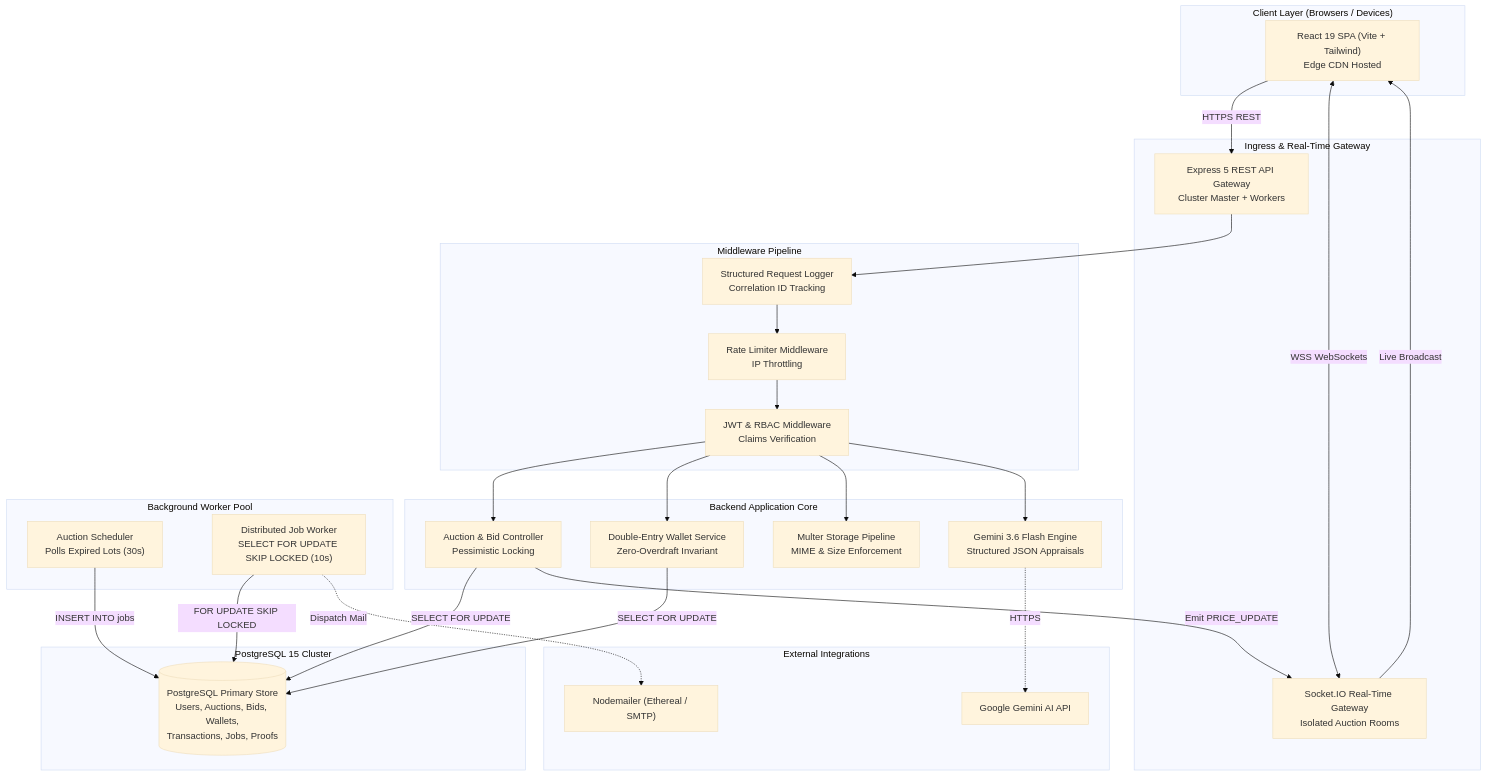
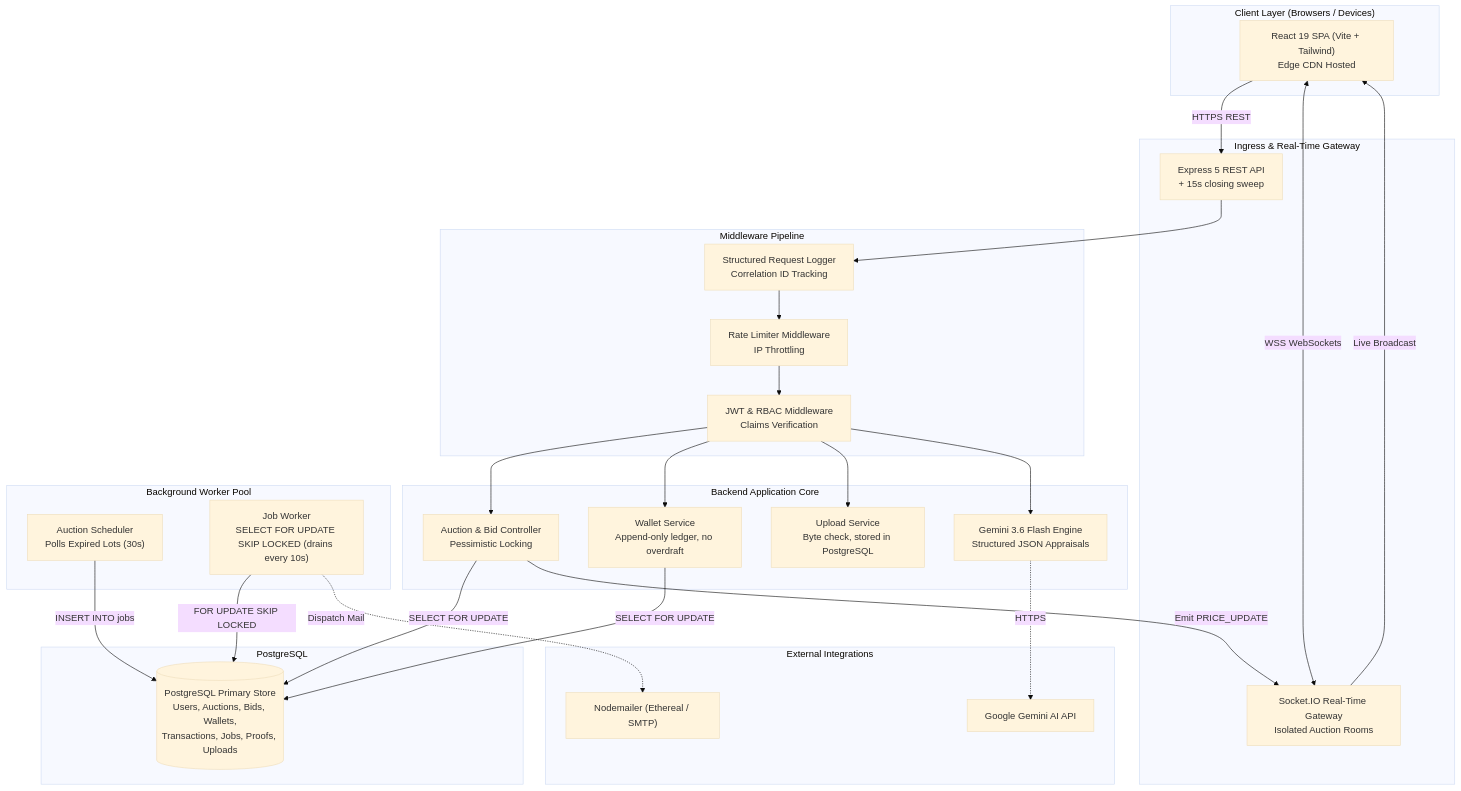
One commit to 23abhishek2024/auctionloom changed the first of 2 diagrams in README.md. Above: the diagram before and after it, drawn with Mermaid (base theme). The commit also changed other lines of this file and 2 other files, not shown here.

````diff
--- a/README.md
+++ b/README.md
@@ -115,58 +115,58 @@
 ```mermaid
 flowchart TB
     subgraph Clients["Client Layer (Browsers / Devices)"]
         Browser["React 19 SPA (Vite + Tailwind)<br/>Edge CDN Hosted"]
     end
 
     subgraph Ingress["Ingress & Real-Time Gateway"]
-        API["Express 5 REST API Gateway<br/>Cluster Master + Workers"]
+        API["Express 5 REST API<br/>+ 15s closing sweep"]
         WS["Socket.IO Real-Time Gateway<br/>Isolated Auction Rooms"]
     end
 
     subgraph Middleware["Middleware Pipeline"]
         Logger["Structured Request Logger<br/>Correlation ID Tracking"]
         Limiter["Rate Limiter Middleware<br/>IP Throttling"]
         Auth["JWT & RBAC Middleware<br/>Claims Verification"]
     end
 
     subgraph CoreServices["Backend Application Core"]
         AuctionService["Auction & Bid Controller<br/>Pessimistic Locking"]
-        WalletService["Double-Entry Wallet Service<br/>Zero-Overdraft Invariant"]
+        WalletService["Wallet Service<br/>Append-only ledger, no overdraft"]
         AIService["Gemini 3.6 Flash Engine<br/>Structured JSON Appraisals"]
-        UploadService["Multer Storage Pipeline<br/>MIME & Size Enforcement"]
+        UploadService["Upload Service<br/>Byte check, stored in PostgreSQL"]
     end
 
-    subgraph StorageLayer["PostgreSQL 15 Cluster"]
-        DB[(PostgreSQL Primary Store<br/>Users, Auctions, Bids, Wallets,<br/>Transactions, Jobs, Proofs)]
+    subgraph StorageLayer["PostgreSQL"]
+        DB[(PostgreSQL Primary Store<br/>Users, Auctions, Bids, Wallets,<br/>Transactions, Jobs, Proofs, Uploads)]
     end
 
     subgraph AsyncWorkers["Background Worker Pool"]
         Scheduler["Auction Scheduler<br/>Polls Expired Lots (30s)"]
-        JobWorker["Distributed Job Worker<br/>SELECT FOR UPDATE SKIP LOCKED (10s)"]
+        JobWorker["Job Worker<br/>SELECT FOR UPDATE SKIP LOCKED (drains every 10s)"]
     end
 
     subgraph External["External Integrations"]
         GeminiAPI["Google Gemini AI API"]
         EmailGateway["Nodemailer (Ethereal / SMTP)"]
     end
 
     Browser -->|HTTPS REST| API
     Browser <-->|WSS WebSockets| WS
 
     API --> Logger --> Limiter --> Auth
     Auth --> AuctionService
     Auth --> WalletService
     Auth --> UploadService
     Auth --> AIService
 
     AIService -.->|HTTPS| GeminiAPI
     AuctionService -->|SELECT FOR UPDATE| DB
     WalletService -->|SELECT FOR UPDATE| DB
 
     Scheduler -->|INSERT INTO jobs| DB
     JobWorker -->|FOR UPDATE SKIP LOCKED| DB
     JobWorker -.->|Dispatch Mail| EmailGateway
 
     AuctionService -->|Emit PRICE_UPDATE| WS
     WS -->|Live Broadcast| Browser
 ```
````
